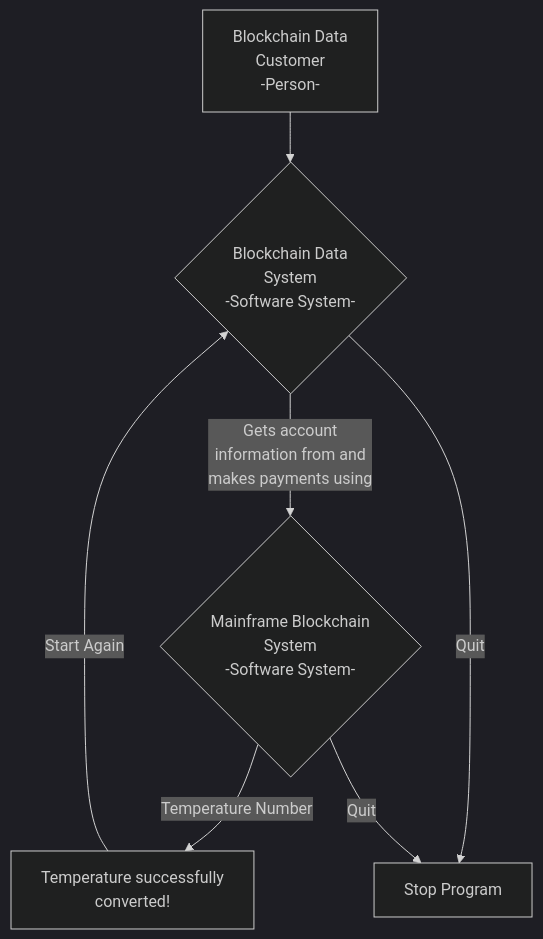
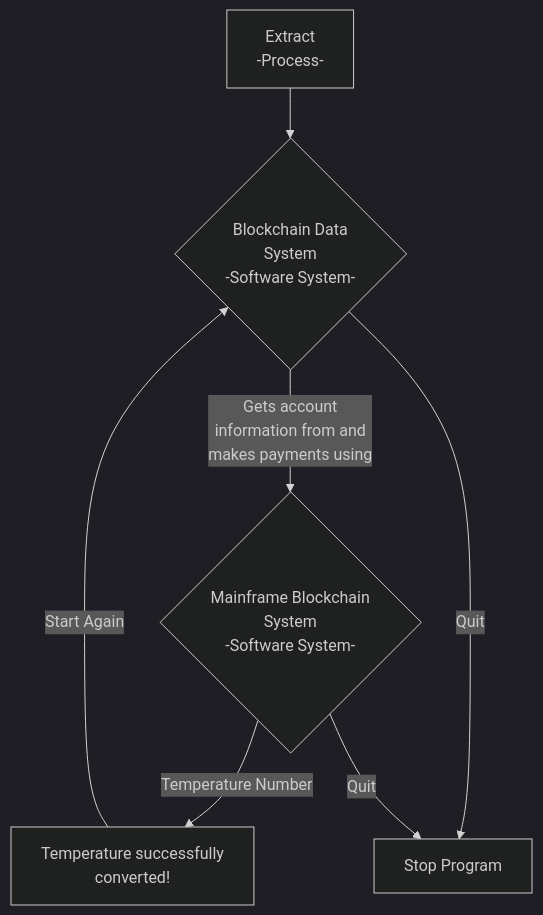
The diagram in README.md (patmcfarland/one), drawn with Mermaid (dark theme) before and after one commit.

````diff
--- a/README.md
+++ b/README.md
@@ -1,9 +1,9 @@
 ```mermaid
 flowchart TD
-A[Blockchain Data<br>Customer<br>-Person-] -->B{Blockchain Data<br>System<br>-Software System-}
+A[Extract<br>-Process-] -->B{Blockchain Data<br>System<br>-Software System-}
 B -- Gets account<br>information from and<br>makes payments using --> C{Mainframe Blockchain<br>System<br>-Software System-} 
 C -- Temperature Number --> D[Temperature successfully<br>converted!] 
 D -- Start Again -->B
 B -- Quit --> E[Stop Program]
 C -- Quit --> E
 ```
````
